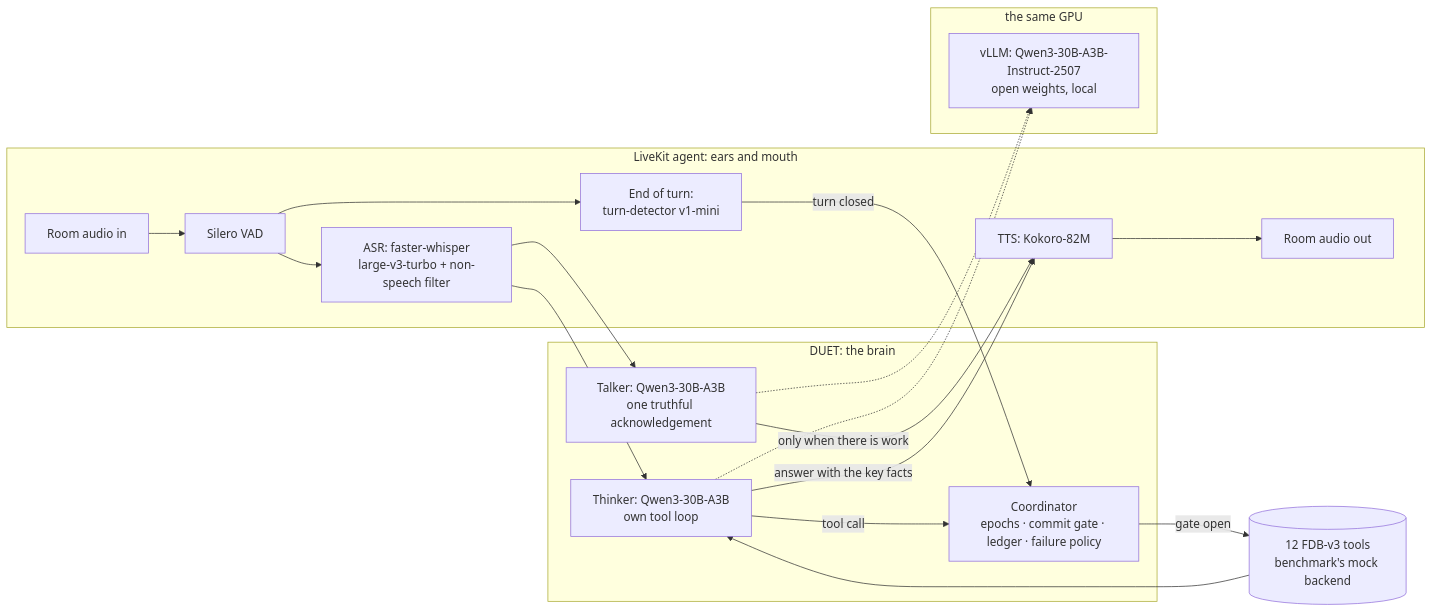
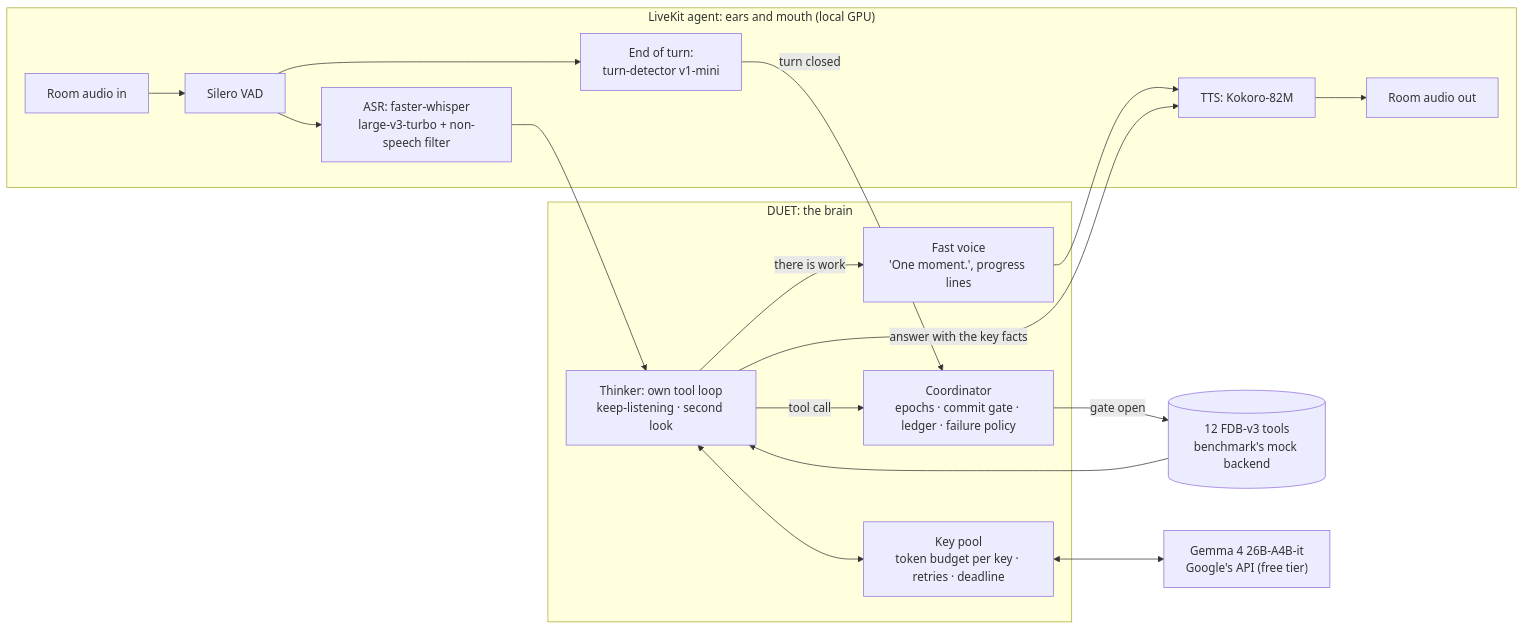
Before and after one commit to tannnmayy/DUET-SAMSUNGPRISM-HACKATHON-TEAM-SE7EN: the diagram in README.md, drawn with Mermaid. The commit also changed other lines of this file and 35 other files, not shown here.

````diff
--- a/README.md
+++ b/README.md
@@ -57,27 +57,25 @@
 ```mermaid
 flowchart LR
-    subgraph LiveKit["LiveKit agent: ears and mouth"]
+    subgraph LiveKit["LiveKit agent: ears and mouth (local GPU)"]
         A[Room audio in] --> V[Silero VAD]
         V --> S["ASR: faster-whisper<br/>large-v3-turbo + non-speech filter"]
         V --> E["End of turn:<br/>turn-detector v1-mini"]
         TTS["TTS: Kokoro-82M"] --> O[Room audio out]
     end
     subgraph DUET["DUET: the brain"]
-        T["Talker: Qwen3-30B-A3B<br/>one truthful acknowledgement"]
-        K["Thinker: Qwen3-30B-A3B<br/>own tool loop"]
+        F["Fast voice<br/>'One moment.', progress lines"]
+        K["Thinker: own tool loop<br/>keep-listening · second look"]
         C["Coordinator<br/>epochs · commit gate · ledger · failure policy"]
+        P["Key pool<br/>token budget per key · retries · deadline"]
     end
     S --> K
-    S --> T
     E -->|turn closed| C
     K -->|tool call| C
     C -->|gate open| B[(12 FDB-v3 tools<br/>benchmark's mock backend)]
     B --> K
-    T -->|only when there is work| TTS
+    K -->|there is work| F
+    F --> TTS
     K -->|answer with the key facts| TTS
-    subgraph GPU["the same GPU"]
-        L["vLLM: Qwen3-30B-A3B-Instruct-2507<br/>open weights, local"]
-    end
-    T -.-> L
-    K -.-> L
+    K <--> P
+    P <--> G["Gemma 4 26B-A4B-it<br/>Google's API (free tier)"]
 ```
````
